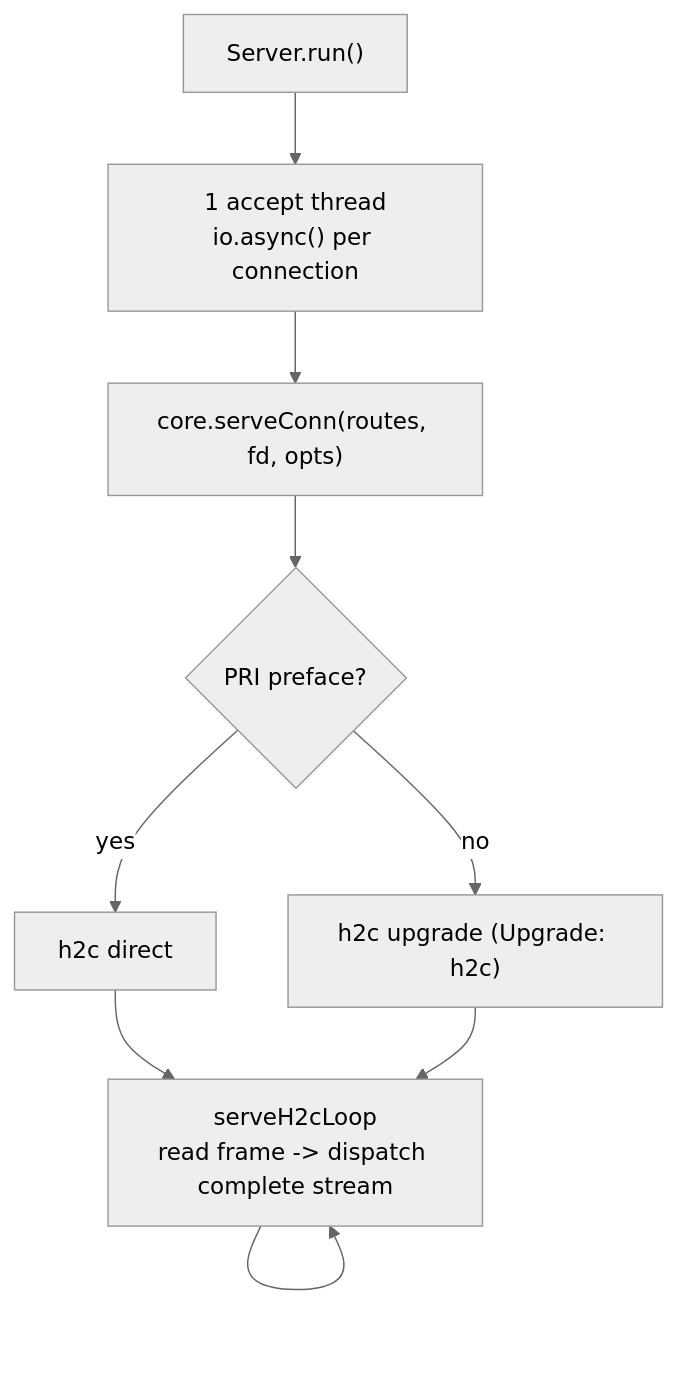
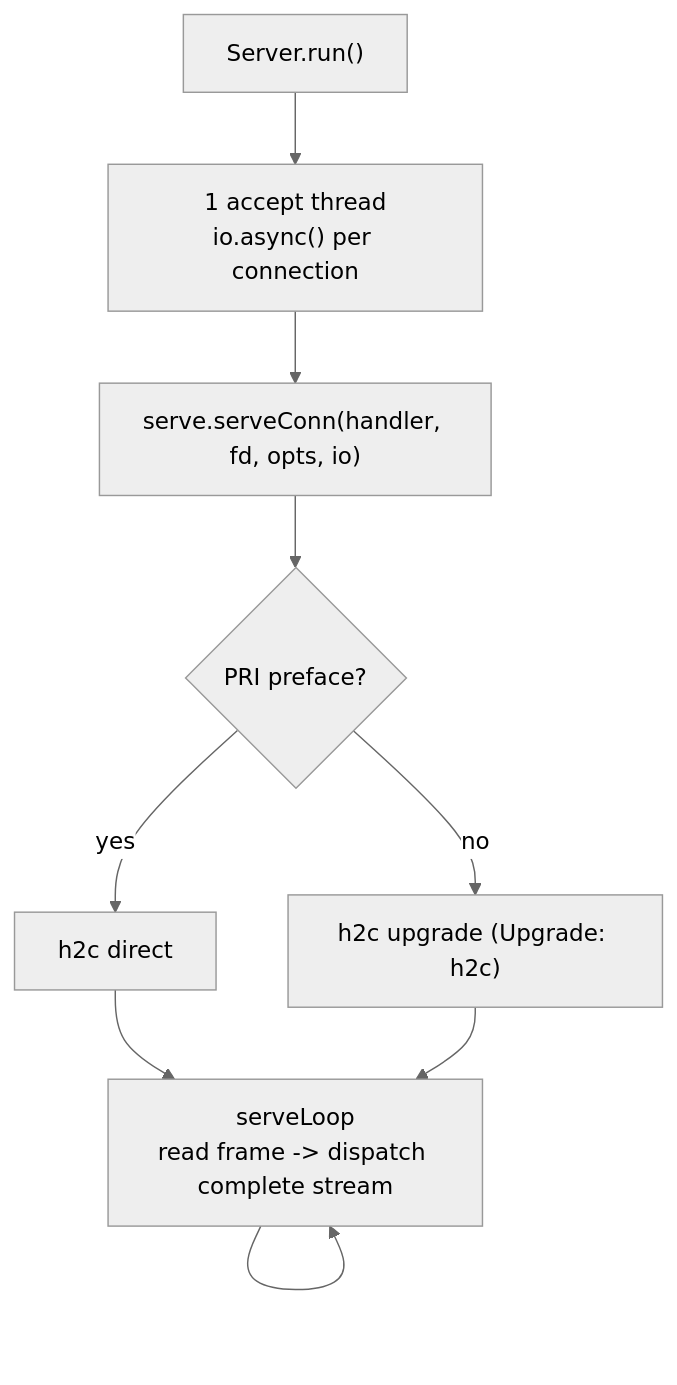
Before and after one commit to prothegee/zix: the first of 5 diagrams in docs/hld-http2-id.md, drawn with Mermaid (neutral theme). The commit also changed other lines of this file, not shown here.

First line of the commit message:
update the HTTP/2 hld for the split core

````diff
--- a/docs/hld-http2-id.md
+++ b/docs/hld-http2-id.md
@@ -46,11 +46,11 @@
 ```mermaid
 flowchart TD
     MAIN["Server.run()"] --> A["1 accept thread\nio.async() per connection"]
-    A --> SERVE["core.serveConn(routes, fd, opts)"]
+    A --> SERVE["serve.serveConn(handler, fd, opts, io)"]
     SERVE --> PRE{"PRI preface?"}
     PRE -->|yes| DIRECT["h2c direct"]
     PRE -->|no| UP["h2c upgrade (Upgrade: h2c)"]
-    DIRECT --> LOOP["serveH2cLoop\nread frame -> dispatch complete stream"]
+    DIRECT --> LOOP["serveLoop\nread frame -> dispatch complete stream"]
     UP --> LOOP
     LOOP --> LOOP
 ```
````
